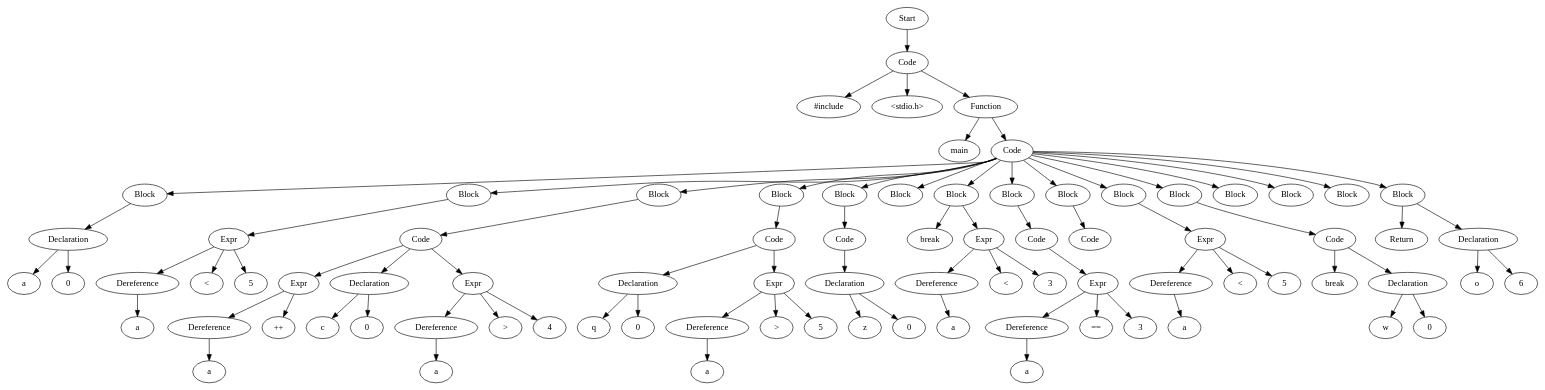
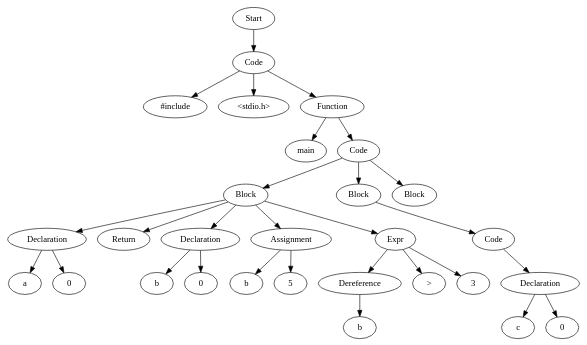
The diagram in TestCases/ASTTests/DeadCodeRemoveTests/CreateTests/read_file_before.dot (Are-you-listening/Compilers), drawn with Graphviz before and after one commit. The commit also changed 30 other files, not shown here.

```diff
--- a/TestCases/ASTTests/DeadCodeRemoveTests/CreateTests/read_file_before.dot
+++ b/TestCases/ASTTests/DeadCodeRemoveTests/CreateTests/read_file_before.dot
@@ -1,167 +1,59 @@
 digraph AST {
-  "135171120310848" [label="Start"];
-  "135171120310848" -> "135171120313632";
-  "135171120313632" [label="Code"];
-  "135171120313632" -> "135171120314544";
-  "135171120313632" -> "135171120314592";
-  "135171120313632" -> "135171120314688";
-  "135171120314544" [label="#include"];
-  "135171120314592" [label="<stdio.h>"];
-  "135171120314688" [label="Function"];
-  "135171120314688" -> "135171120309744";
-  "135171120314688" -> "135171120307152";
-  "135171120309744" [label="main"];
-  "135171120307152" [label="Code"];
-  "135171120307152" -> "135171120468112";
-  "135171120307152" -> "135171120475696";
-  "135171120307152" -> "135171120476800";
-  "135171120307152" -> "135171120473776";
-  "135171120307152" -> "135171120476032";
-  "135171120307152" -> "135171120466144";
-  "135171120307152" -> "135171120468160";
-  "135171120307152" -> "135171120476368";
-  "135171120307152" -> "135171120464128";
-  "135171120307152" -> "135171120467968";
-  "135171120307152" -> "135171120466192";
-  "135171120307152" -> "135171120465280";
-  "135171120307152" -> "135171120464608";
-  "135171120307152" -> "135171120470608";
-  "135171120307152" -> "135171120469072";
-  "135171120468112" [label="Block"];
-  "135171120468112" -> "135171120312912";
-  "135171120312912" [label="Declaration"];
-  "135171120312912" -> "135171120474832";
-  "135171120312912" -> "135171120477952";
-  "135171120474832" [label="a"];
-  "135171120477952" [label="0"];
-  "135171120475696" [label="Block"];
-  "135171120475696" -> "135171120478240";
-  "135171120478240" [label="Expr"];
-  "135171120478240" -> "135171120477424";
-  "135171120478240" -> "135171120470848";
-  "135171120478240" -> "135171120465952";
-  "135171120477424" [label="Dereference"];
-  "135171120477424" -> "135171120476896";
-  "135171120476896" [label="a"];
-  "135171120470848" [label="<"];
-  "135171120465952" [label="5"];
-  "135171120476800" [label="Block"];
-  "135171120476800" -> "135171120478288";
-  "135171120478288" [label="Code"];
-  "135171120478288" -> "135171120478624";
-  "135171120478288" -> "135171120470464";
-  "135171120478288" -> "135171120468832";
-  "135171120478624" [label="Expr"];
-  "135171120478624" -> "135171120468544";
-  "135171120478624" -> "135171120465328";
-  "135171120468544" [label="Dereference"];
-  "135171120468544" -> "135171120464896";
-  "135171120464896" [label="a"];
-  "135171120465328" [label="++"];
-  "135171120470464" [label="Declaration"];
-  "135171120470464" -> "135171120466624";
-  "135171120470464" -> "135171120469216";
-  "135171120466624" [label="c"];
-  "135171120469216" [label="0"];
-  "135171120468832" [label="Expr"];
-  "135171120468832" -> "135171120471136";
-  "135171120468832" -> "135171120476560";
-  "135171120468832" -> "135171120473632";
-  "135171120471136" [label="Dereference"];
-  "135171120471136" -> "135171120479392";
-  "135171120479392" [label="a"];
-  "135171120476560" [label=">"];
-  "135171120473632" [label="4"];
-  "135171120473776" [label="Block"];
-  "135171120473776" -> "135171120465376";
-  "135171120465376" [label="Code"];
-  "135171120465376" -> "135171120473056";
-  "135171120465376" -> "135171120471712";
-  "135171120473056" [label="Declaration"];
-  "135171120473056" -> "135171120479584";
-  "135171120473056" -> "135171120467008";
-  "135171120479584" [label="q"];
-  "135171120467008" [label="0"];
-  "135171120471712" [label="Expr"];
-  "135171120471712" -> "135171120465232";
-  "135171120471712" -> "135171120466288";
-  "135171120471712" -> "135171120479680";
-  "135171120465232" [label="Dereference"];
-  "135171120465232" -> "135171120466048";
-  "135171120466048" [label="a"];
-  "135171120466288" [label=">"];
-  "135171120479680" [label="5"];
-  "135171120476032" [label="Block"];
-  "135171120476032" -> "135171120466432";
-  "135171120466432" [label="Code"];
-  "135171120466432" -> "135171120473440";
-  "135171120473440" [label="Declaration"];
-  "135171120473440" -> "135171120470896";
-  "135171120473440" -> "135171120477856";
-  "135171120470896" [label="z"];
-  "135171120477856" [label="0"];
-  "135171120466144" [label="Block"];
-  "135171120468160" [label="Block"];
-  "135171120468160" -> "135171120478720";
-  "135171120468160" -> "135171120471424";
-  "135171120478720" [label="break"];
-  "135171120471424" [label="Expr"];
-  "135171120471424" -> "135171120480160";
-  "135171120471424" -> "135171120473200";
-  "135171120471424" -> "135171120477904";
-  "135171120480160" [label="Dereference"];
-  "135171120480160" -> "135171120471376";
-  "135171120471376" [label="a"];
-  "135171120473200" [label="<"];
-  "135171120477904" [label="3"];
-  "135171120476368" [label="Block"];
-  "135171120476368" -> "135171120472672";
-  "135171120472672" [label="Code"];
-  "135171120472672" -> "135171120477664";
-  "135171120477664" [label="Expr"];
-  "135171120477664" -> "135171120465856";
-  "135171120477664" -> "135171120473296";
-  "135171120477664" -> "135171120464992";
-  "135171120465856" [label="Dereference"];
-  "135171120465856" -> "135171120464416";
-  "135171120464416" [label="a"];
-  "135171120473296" [label="=="];
-  "135171120464992" [label="3"];
-  "135171120464128" [label="Block"];
-  "135171120464128" -> "135171120463984";
-  "135171120463984" [label="Code"];
-  "135171120467968" [label="Block"];
-  "135171120467968" -> "135171120466768";
-  "135171120466768" [label="Expr"];
-  "135171120466768" -> "135171120478432";
-  "135171120466768" -> "135171120470080";
-  "135171120466768" -> "135171120479872";
-  "135171120478432" [label="Dereference"];
-  "135171120478432" -> "135171120470656";
-  "135171120470656" [label="a"];
-  "135171120470080" [label="<"];
-  "135171120479872" [label="5"];
-  "135171120466192" [label="Block"];
-  "135171120466192" -> "135171120473920";
-  "135171120473920" [label="Code"];
-  "135171120473920" -> "135171120474112";
-  "135171120473920" -> "135171120480208";
-  "135171120474112" [label="break"];
-  "135171120480208" [label="Declaration"];
-  "135171120480208" -> "135171120463936";
-  "135171120480208" -> "135171120476224";
-  "135171120463936" [label="w"];
-  "135171120476224" [label="0"];
-  "135171120465280" [label="Block"];
-  "135171120464608" [label="Block"];
-  "135171120470608" [label="Block"];
-  "135171120469072" [label="Block"];
-  "135171120469072" -> "135171120479968";
-  "135171120469072" -> "135171120475984";
-  "135171120479968" [label="Return"];
-  "135171120475984" [label="Declaration"];
-  "135171120475984" -> "135171120473680";
-  "135171120475984" -> "135171120470752";
-  "135171120473680" [label="o"];
-  "135171120470752" [label="6"];
+  "123503069627680" [label="Start"];
+  "123503069627680" -> "123503069634352";
+  "123503069634352" [label="Code"];
+  "123503069634352" -> "123503069633584";
+  "123503069634352" -> "123503069639392";
+  "123503069634352" -> "123503069633344";
+  "123503069633584" [label="#include"];
+  "123503069639392" [label="<stdio.h>"];
+  "123503069633344" [label="Function"];
+  "123503069633344" -> "123503069630416";
+  "123503069633344" -> "123503069627152";
+  "123503069630416" [label="main"];
+  "123503069627152" [label="Code"];
+  "123503069627152" -> "123503069787664";
+  "123503069627152" -> "123503069786224";
+  "123503069627152" -> "123503069781328";
+  "123503069787664" [label="Block"];
+  "123503069787664" -> "123503069639920";
+  "123503069787664" -> "123503069636320";
+  "123503069787664" -> "123503069636944";
+  "123503069787664" -> "123503069777920";
+  "123503069787664" -> "123503069780752";
+  "123503069639920" [label="Declaration"];
+  "123503069639920" -> "123503069641168";
+  "123503069639920" -> "123503069633920";
+  "123503069641168" [label="a"];
+  "123503069633920" [label="0"];
+  "123503069636320" [label="Return"];
+  "123503069636944" [label="Declaration"];
+  "123503069636944" -> "123503069630512";
+  "123503069636944" -> "123503069638576";
+  "123503069630512" [label="b"];
+  "123503069638576" [label="0"];
+  "123503069777920" [label="Assignment"];
+  "123503069777920" -> "123503069776960";
+  "123503069777920" -> "123503069781856";
+  "123503069776960" [label="b"];
+  "123503069781856" [label="5"];
+  "123503069780752" [label="Expr"];
+  "123503069780752" -> "123503069639680";
+  "123503069780752" -> "123503069780512";
+  "123503069780752" -> "123503069782672";
+  "123503069639680" [label="Dereference"];
+  "123503069639680" -> "123503069780080";
+  "123503069780080" [label="b"];
+  "123503069780512" [label=">"];
+  "123503069782672" [label="3"];
+  "123503069786224" [label="Block"];
+  "123503069786224" -> "123503069780032";
+  "123503069780032" [label="Code"];
+  "123503069780032" -> "123503069775808";
+  "123503069775808" [label="Declaration"];
+  "123503069775808" -> "123503069785408";
+  "123503069775808" -> "123503069786560";
+  "123503069785408" [label="c"];
+  "123503069786560" [label="0"];
+  "123503069781328" [label="Block"];
 }
```
